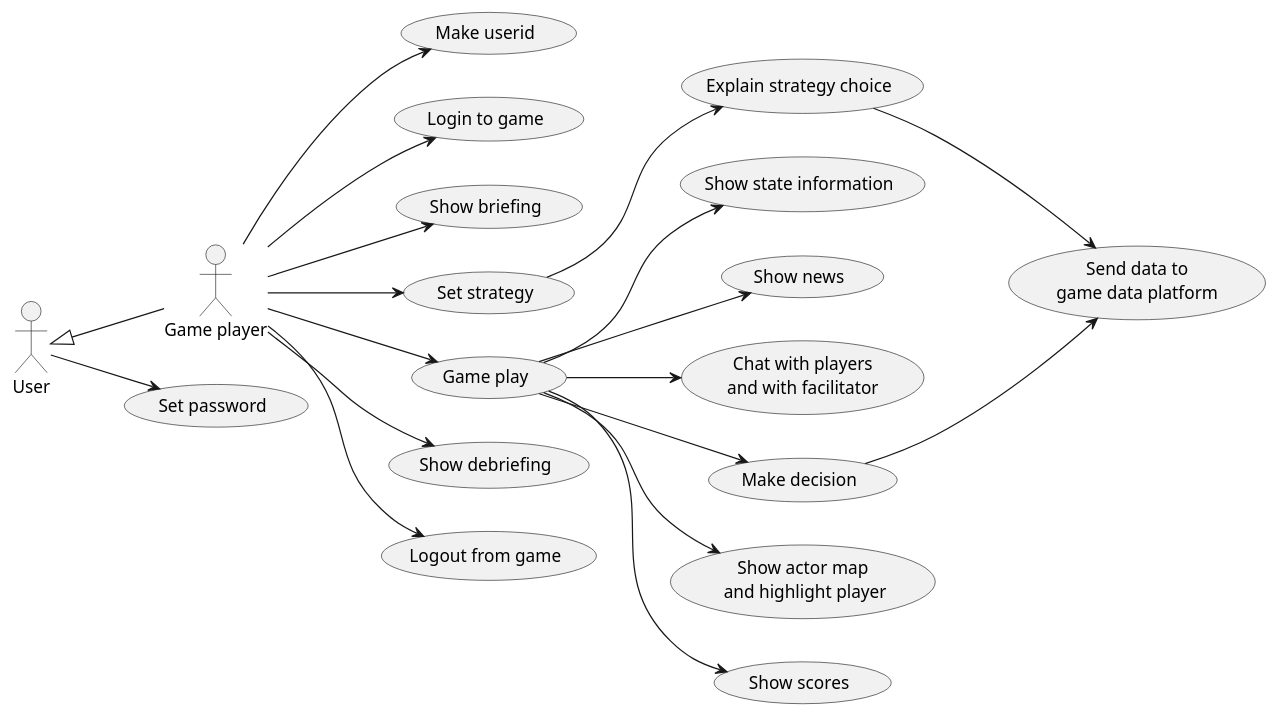
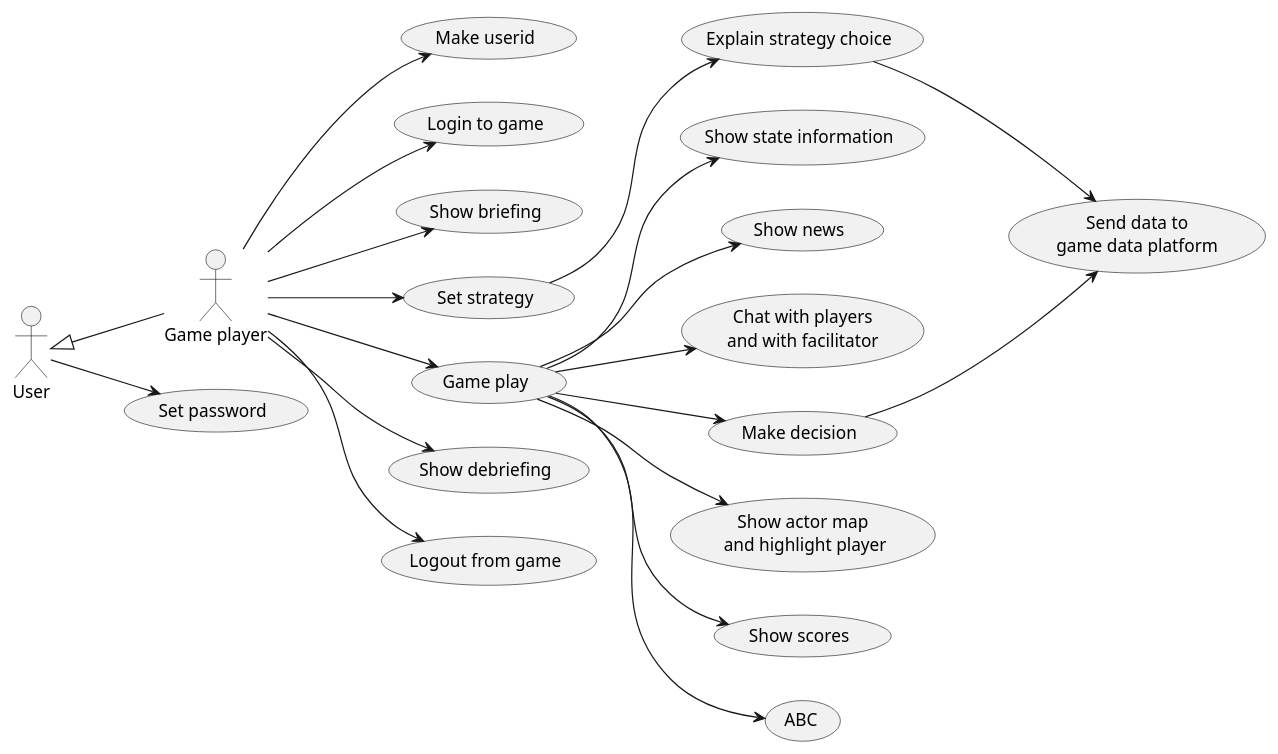
Before and after one commit to averbraeck/gscg-design: the diagram in doc/1-use-cases/diagrams/game-play.puml, drawn with PlantUML.

Commit message:
Test for ABC

```diff
--- a/doc/1-use-cases/diagrams/game-play.puml
+++ b/doc/1-use-cases/diagrams/game-play.puml
@@ -1,31 +1,32 @@
 @startuml
 left to right direction
  
 "Game player" as GP
 User <|-- GP
 
 User --> (Set password)
 
 GP --> (Make userid)
 GP --> (Login to game)
 GP --> (Show briefing)
 
 GP --> (Set strategy)
 (Set strategy) --> (Explain strategy choice)
 (Explain strategy choice) --> (Send data to\ngame data platform)
 
 GP --> (Game play)
 (Game play) --> (Show state information)
 (Game play) --> (Show news)
 (Game play) --> (Chat with players\nand with facilitator)
 (Game play) --> (Make decision)
 (Game play) --> (Show actor map\n and highlight player)
 (Game play) --> (Show scores)
+(Game play) --> (ABC)
 
 (Make decision) --> (Send data to\ngame data platform)
 
 GP --> (Show debriefing)
 
 GP --> (Logout from game)
 
 @enduml
```
